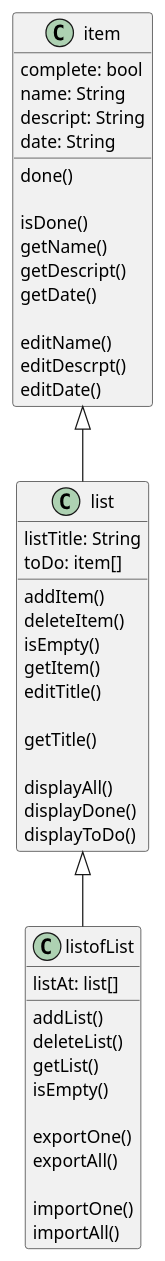
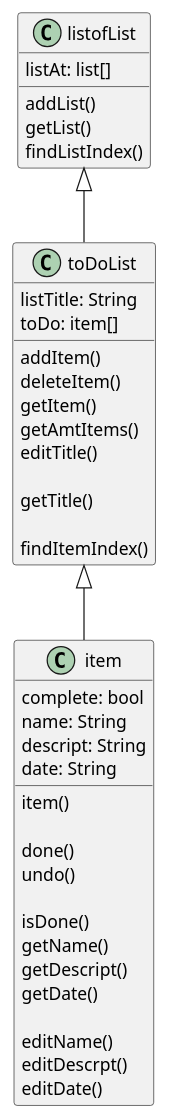
Before and after one commit to Dlarosag/LaRosa-cop3330-assignment4part2: the diagram in uml/Main.puml, drawn with PlantUML. The commit also changed 3 other files, not shown here.

```diff
--- a/uml/Main.puml
+++ b/uml/Main.puml
@@ -1,70 +1,62 @@
 @startuml
 'https://plantuml.com/class-diagram
 
 class listofList
-class list
+class toDoList
 class item
 
 
-list <|-- listofList
-item <|-- list
+toDoList <|-- item
+listofList <|-- toDoList
 
 
 class listofList {
 
  listAt: list[]
 
 addList()
-deleteList()
 getList()
-isEmpty()
-
-exportOne()
-exportAll()
-
-importOne()
-importAll()
+findListIndex()
 }
 
-class list {
+class toDoList {
 
 listTitle: String
 toDo: item[]
 
 addItem()
 deleteItem()
-isEmpty()
 getItem()
+getAmtItems()
 editTitle()
 
 getTitle()
 
-displayAll()
-displayDone()
-displayToDo()
+findItemIndex()
 }
 
 class item {
 
 complete: bool
 name: String
 descript: String
 date: String
 
+item()
+
 done()
+undo()
 
 isDone()
 getName()
 getDescript()
 getDate()
 
 editName()
 editDescrpt()
 editDate()
 
-
-
 }
 
 
 @enduml
```
